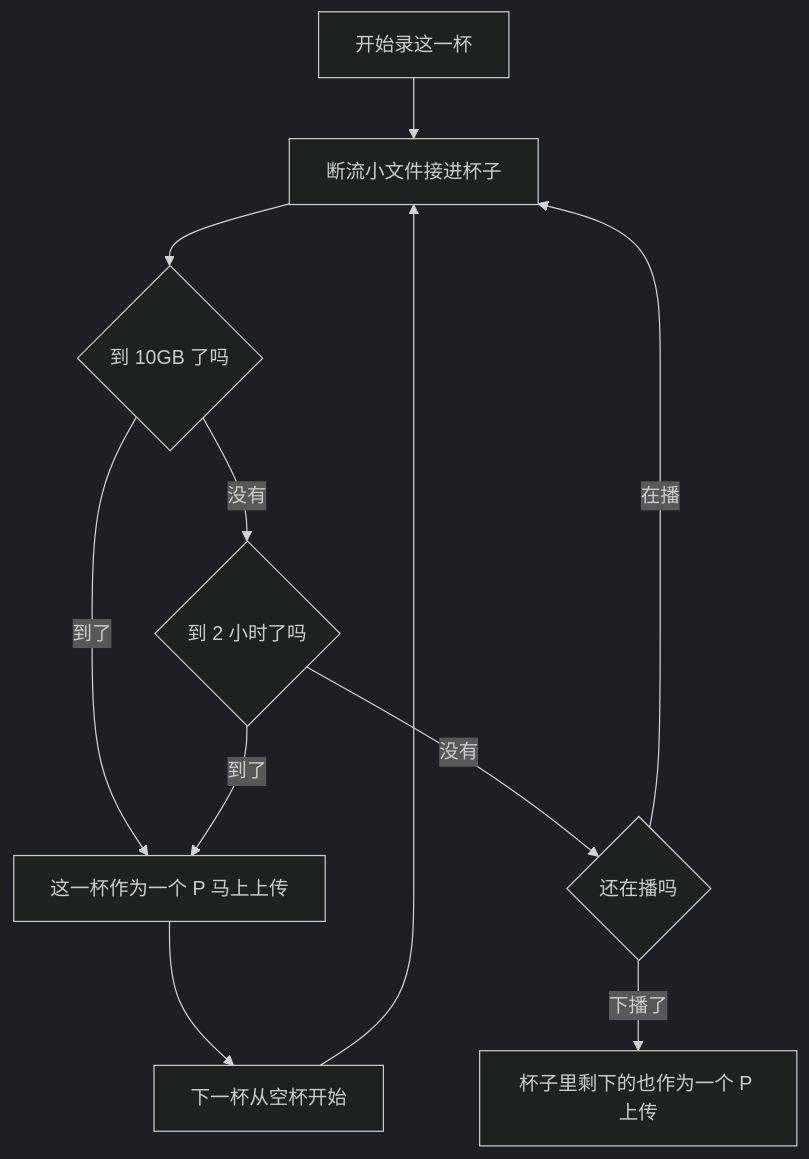
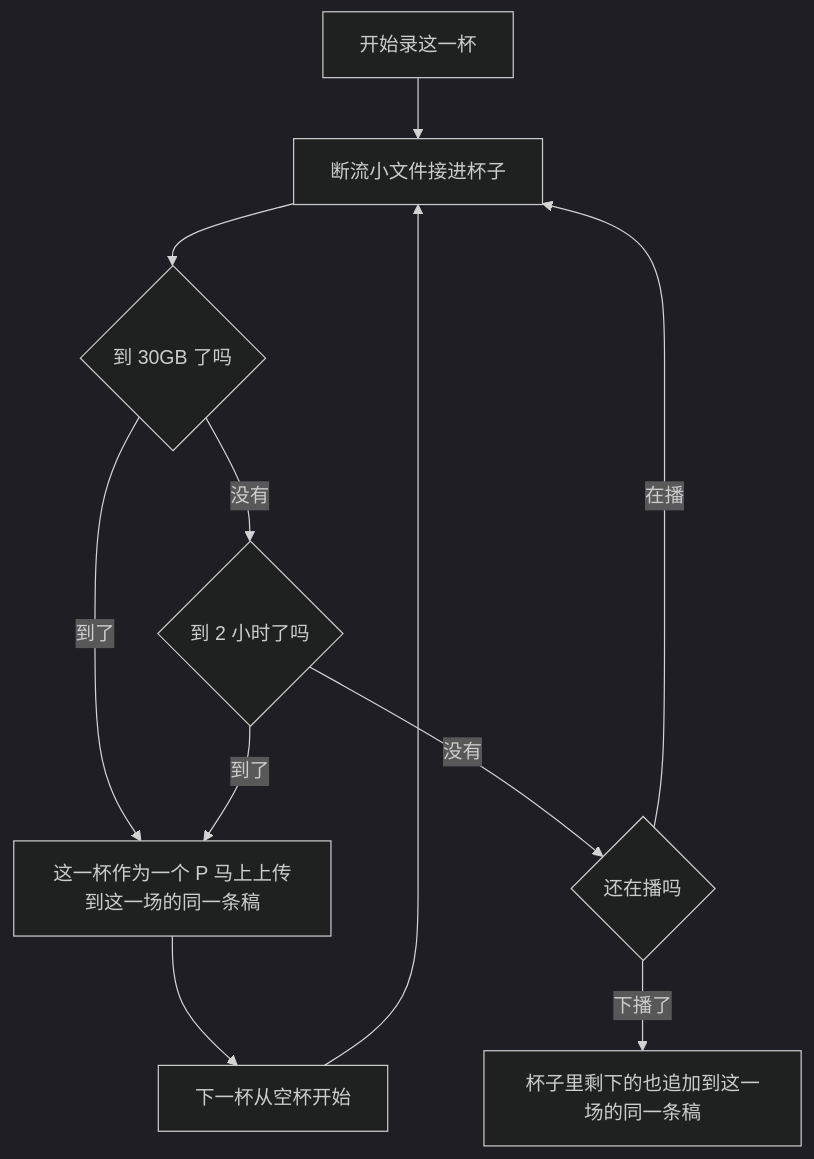
One commit to notfornothing/biliup changed the second of 2 diagrams in aboutRefactor/分P示意图.md. Above: the diagram before and after it, drawn with Mermaid (dark theme). The commit also changed other lines of this file and 3 other files, not shown here.

````diff
--- a/aboutRefactor/分P示意图.md
+++ b/aboutRefactor/分P示意图.md
@@ -22,13 +22,13 @@
 ```mermaid
 flowchart TD
     startNode[开始录这一杯] --> addPiece[断流小文件接进杯子]
-    addPiece --> fullSize{到 10GB 了吗}
-    fullSize -->|到了| uploadNow[这一杯作为一个 P 马上上传]
+    addPiece --> fullSize{到 30GB 了吗}
+    fullSize -->|到了| uploadNow[这一杯作为一个 P 马上上传到这一场的同一条稿]
     fullSize -->|没有| fullTime{到 2 小时了吗}
     fullTime -->|到了| uploadNow
     fullTime -->|没有| stillLive{还在播吗}
     stillLive -->|在播| addPiece
-    stillLive -->|下播了| uploadRest[杯子里剩下的也作为一个 P 上传]
+    stillLive -->|下播了| uploadRest[杯子里剩下的也追加到这一场的同一条稿]
     uploadNow --> nextCup[下一杯从空杯开始]
     nextCup --> addPiece
 ```
````
